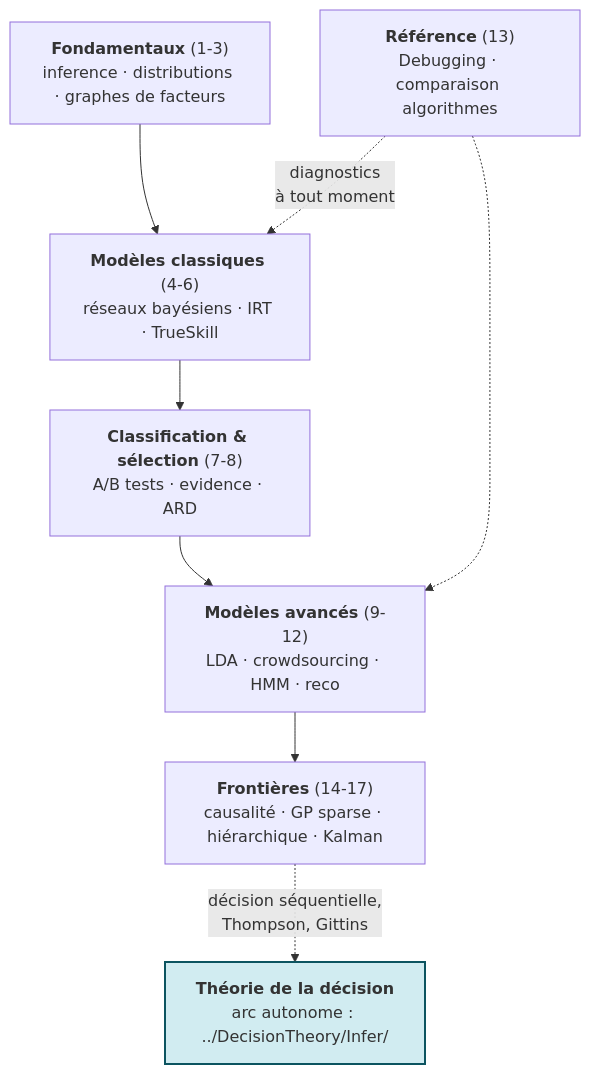
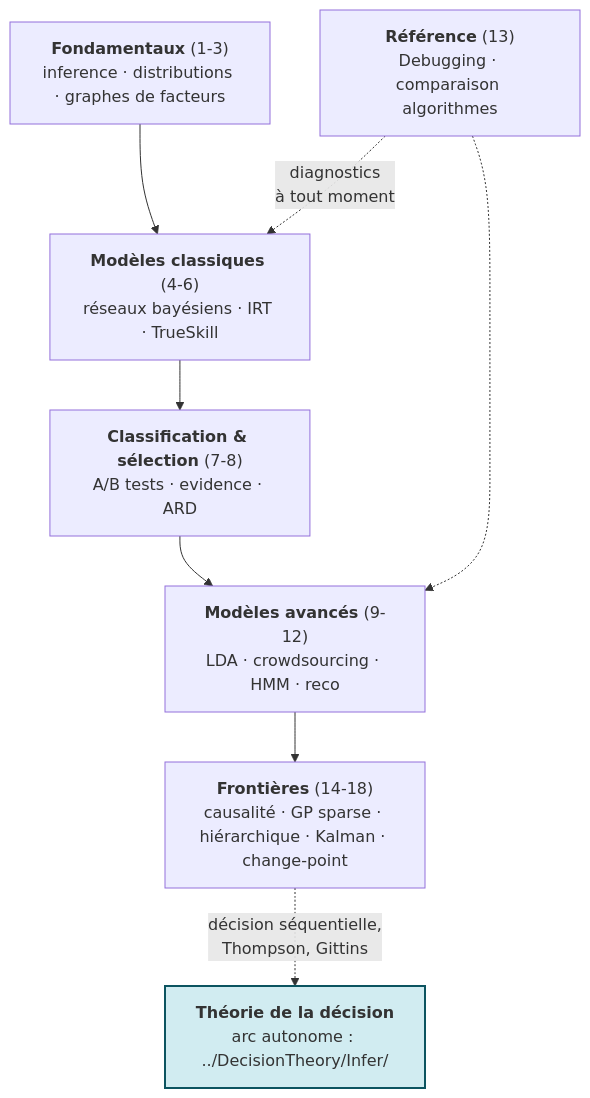
Before and after one commit to jsboige/CoursIA: the second of 2 diagrams in MyIA.AI.Notebooks/Probas/Infer/README.md, drawn with Mermaid. The commit also changed other lines of this file and 2 other files, not shown here.

First line of the commit message:
feat(infer): Infer-18 Change-Point detection (bayesian structural break)

````diff
--- a/MyIA.AI.Notebooks/Probas/Infer/README.md
+++ b/MyIA.AI.Notebooks/Probas/Infer/README.md
@@ -77,17 +78,17 @@
 ```mermaid
 flowchart TD
     P1["<b>Fondamentaux</b> (1-3)<br/>inference · distributions · graphes de facteurs"]
     P2["<b>Modèles classiques</b> (4-6)<br/>réseaux bayésiens · IRT · TrueSkill"]
     P3["<b>Classification & sélection</b> (7-8)<br/>A/B tests · evidence · ARD"]
     P4["<b>Modèles avancés</b> (9-12)<br/>LDA · crowdsourcing · HMM · reco"]
     P5["<b>Référence</b> (13)<br/>Debugging · comparaison algorithmes"]
-    P8["<b>Frontières</b> (14-17)<br/>causalité · GP sparse · hiérarchique · Kalman"]
+    P8["<b>Frontières</b> (14-18)<br/>causalité · GP sparse · hiérarchique · Kalman · change-point"]
     DT["<b>Théorie de la décision</b><br/>arc autonome : ../DecisionTheory/Infer/"]
     P1 --> P2 --> P3 --> P4
     P4 --> P8
     P5 -.->|"diagnostics<br/>à tout moment"| P2
     P5 -.-> P4
     P8 -.->|"décision séquentielle,<br/>Thompson, Gittins"| DT
     classDef decision fill:#d1ecf1,stroke:#0c5460,stroke-width:2px;
     class DT decision;
 ```
````
